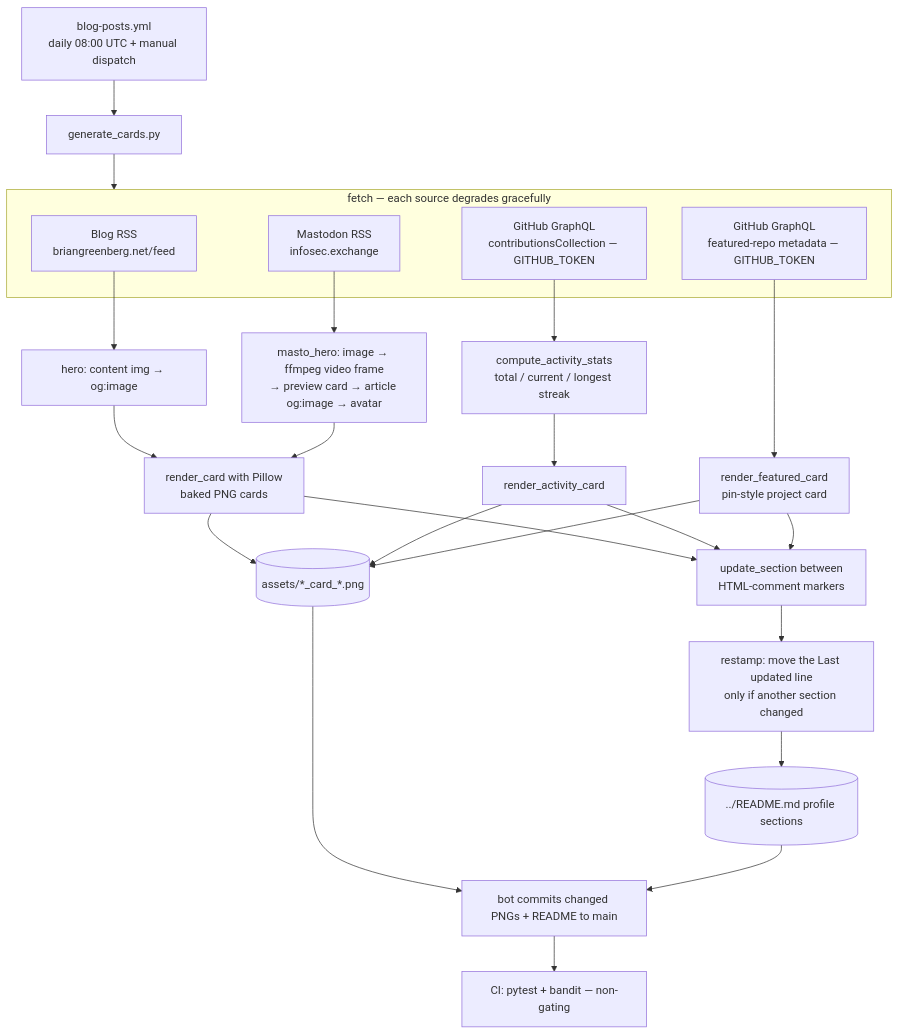
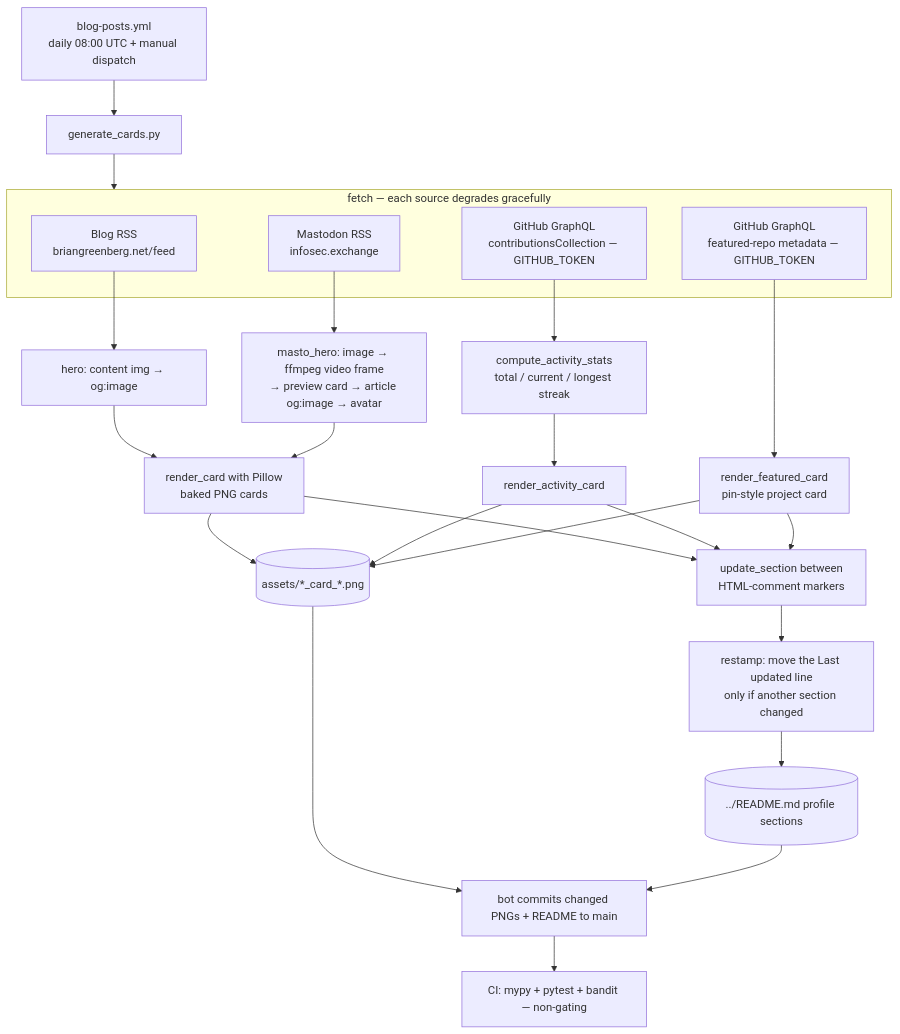
The diagram in scripts/README.md (bjgreenberg/bjgreenberg), drawn with Mermaid before and after one commit. The commit also changed other lines of this file and 8 other files, not shown here.

````diff
--- a/scripts/README.md
+++ b/scripts/README.md
@@ -23,29 +23,29 @@
 ```mermaid
 flowchart TB
     cron["blog-posts.yml<br/>daily 08:00 UTC + manual dispatch"] --> gen["generate_cards.py"]
     subgraph sources["fetch — each source degrades gracefully"]
         s1["Blog RSS<br/>briangreenberg.net/feed"]
         s2["Mastodon RSS<br/>infosec.exchange"]
         s3["GitHub GraphQL<br/>contributionsCollection — GITHUB_TOKEN"]
         s4["GitHub GraphQL<br/>featured-repo metadata — GITHUB_TOKEN"]
     end
     gen --> sources
     s1 --> hero1["hero: content img → og:image"]
     s2 --> hero2["masto_hero: image → ffmpeg video frame<br/>→ preview card → article og:image → avatar"]
     s3 --> stats["compute_activity_stats<br/>total / current / longest streak"]
     hero1 --> render["render_card with Pillow<br/>baked PNG cards"]
     hero2 --> render
     stats --> renderA["render_activity_card"]
     s4 --> renderF["render_featured_card<br/>pin-style project card"]
     render --> assets[("assets/*_card_*.png")]
     renderA --> assets
     renderF --> assets
     render --> upd["update_section between<br/>HTML-comment markers"]
     renderA --> upd
     renderF --> upd
     upd --> stamp["restamp: move the Last updated line<br/>only if another section changed"]
     stamp --> readme[("../README.md profile sections")]
     assets --> commit["bot commits changed PNGs + README to main"]
     readme --> commit
-    commit --> ci["CI: pytest + bandit — non-gating"]
+    commit --> ci["CI: mypy + pytest + bandit — non-gating"]
 ```
````
